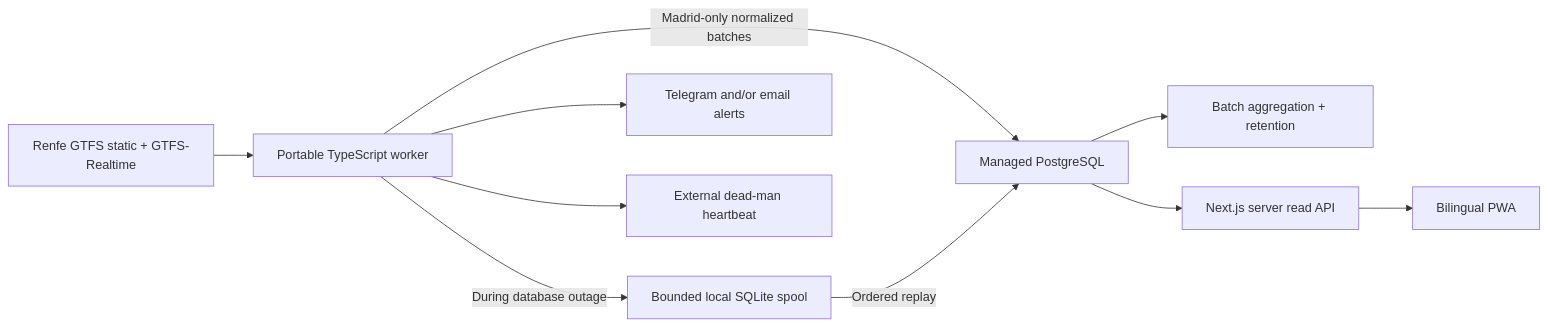
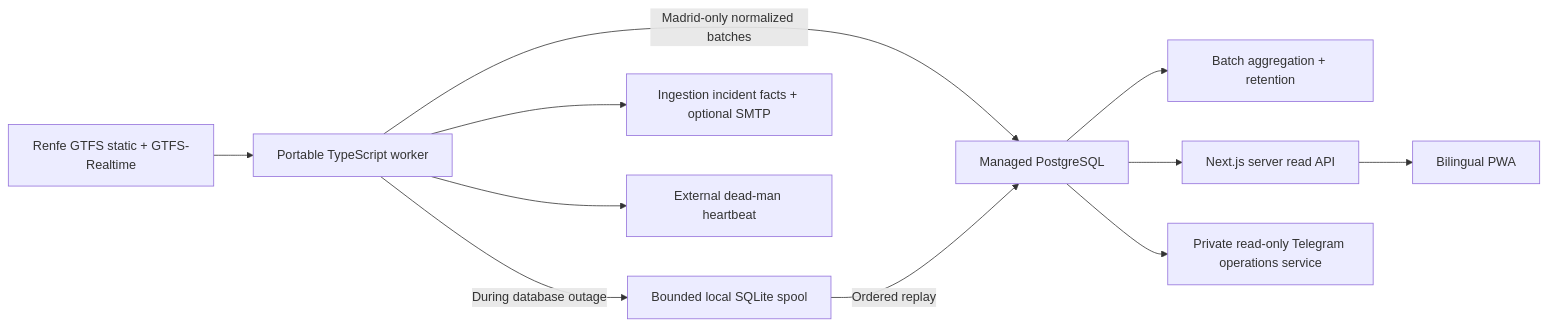
The first of 2 diagrams in MVP_IMPLEMENTATION_PLAN.md (nachoggodino/atodotren), drawn with Mermaid before and after one commit. The commit also changed other lines of this file and 43 other files, not shown here.

First line of the commit message:
feat: milestone 5 CI-only operations readiness (#3)

````diff
--- a/MVP_IMPLEMENTATION_PLAN.md
+++ b/MVP_IMPLEMENTATION_PLAN.md
@@ -31,12 +31,13 @@
 ```mermaid
 flowchart LR
     RENFE["Renfe GTFS static + GTFS-Realtime"] --> WORKER["Portable TypeScript worker"]
     WORKER -->|"Madrid-only normalized batches"| PG["Managed PostgreSQL"]
     WORKER -->|"During database outage"| SPOOL["Bounded local SQLite spool"]
     SPOOL -->|"Ordered replay"| PG
     PG --> AGG["Batch aggregation + retention"]
     PG --> API["Next.js server read API"]
     API --> PWA["Bilingual PWA"]
-    WORKER --> ALERTS["Telegram and/or email alerts"]
+    PG --> BOT["Private read-only Telegram operations service"]
+    WORKER --> ALERTS["Ingestion incident facts + optional SMTP"]
     WORKER --> HEARTBEAT["External dead-man heartbeat"]
 ```
````
